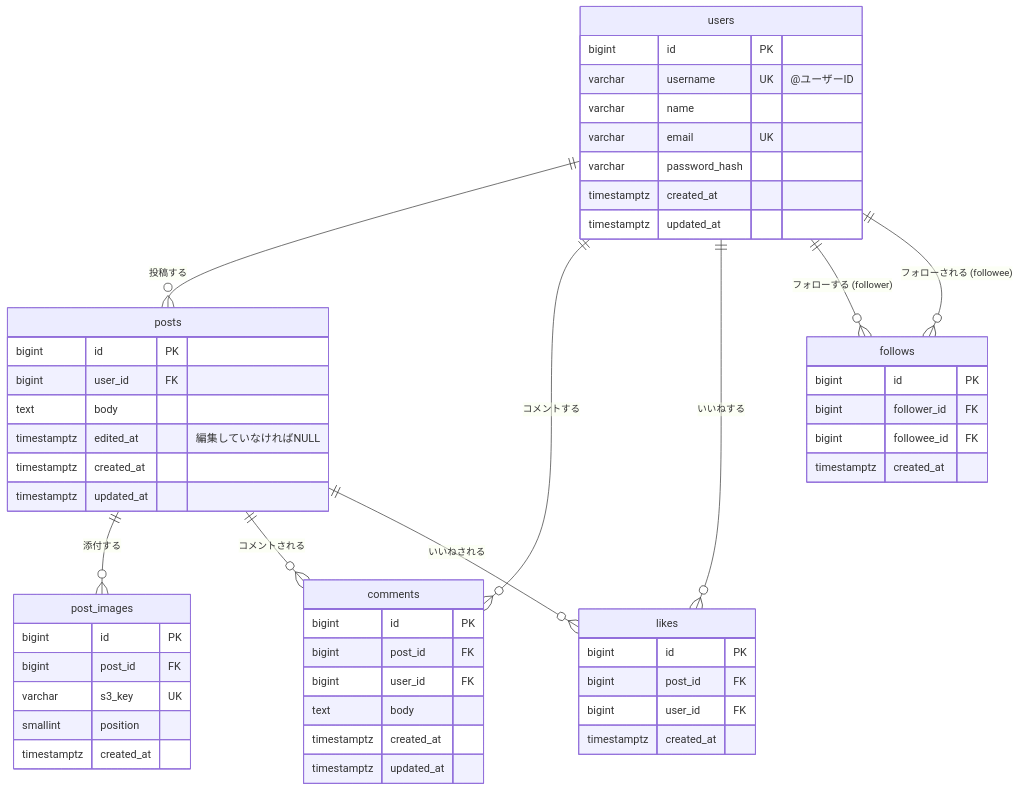
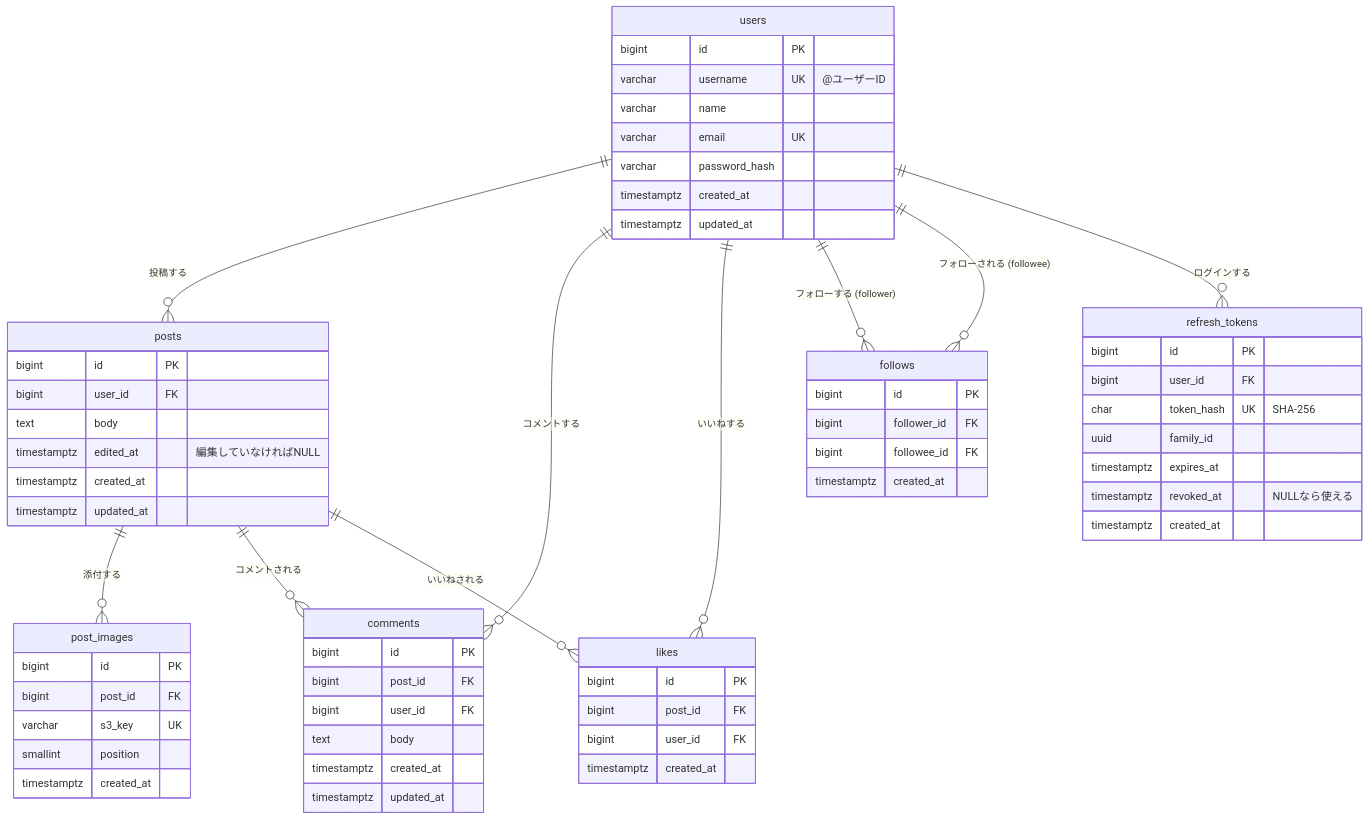
One commit to takeuchikoutagg/RaiseTime-Line changed the diagram in docs/ER図.md. Above: the diagram before and after it, drawn with Mermaid. The commit also changed other lines of this file and 38 other files, not shown here.

````diff
--- a/docs/ER図.md
+++ b/docs/ER図.md
@@ -13,56 +13,66 @@
 ```mermaid
 erDiagram
     users ||--o{ posts : "投稿する"
     users ||--o{ comments : "コメントする"
     users ||--o{ likes : "いいねする"
     users ||--o{ follows : "フォローする (follower)"
     users ||--o{ follows : "フォローされる (followee)"
     posts ||--o{ post_images : "添付する"
     posts ||--o{ comments : "コメントされる"
     posts ||--o{ likes : "いいねされる"
+    users ||--o{ refresh_tokens : "ログインする"
 
     users {
         bigint id PK
         varchar username UK "@ユーザーID"
         varchar name
         varchar email UK
         varchar password_hash
         timestamptz created_at
         timestamptz updated_at
+    }
+    refresh_tokens {
+        bigint id PK
+        bigint user_id FK
+        char token_hash UK "SHA-256"
+        uuid family_id
+        timestamptz expires_at
+        timestamptz revoked_at "NULLなら使える"
+        timestamptz created_at
     }
     posts {
         bigint id PK
         bigint user_id FK
         text body
         timestamptz edited_at "編集していなければNULL"
         timestamptz created_at
         timestamptz updated_at
     }
     post_images {
         bigint id PK
         bigint post_id FK
         varchar s3_key UK
         smallint position
         timestamptz created_at
     }
     comments {
         bigint id PK
         bigint post_id FK
         bigint user_id FK
         text body
         timestamptz created_at
         timestamptz updated_at
     }
     likes {
         bigint id PK
         bigint post_id FK
         bigint user_id FK
         timestamptz created_at
     }
     follows {
         bigint id PK
         bigint follower_id FK
         bigint followee_id FK
         timestamptz created_at
     }
 ```
````
